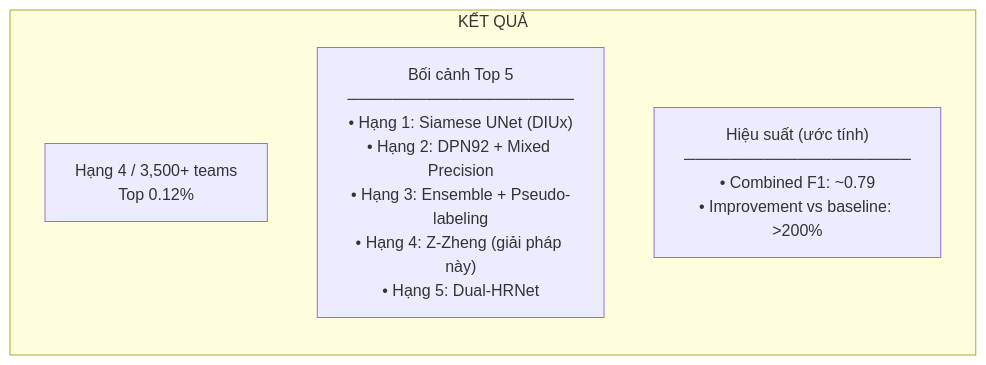
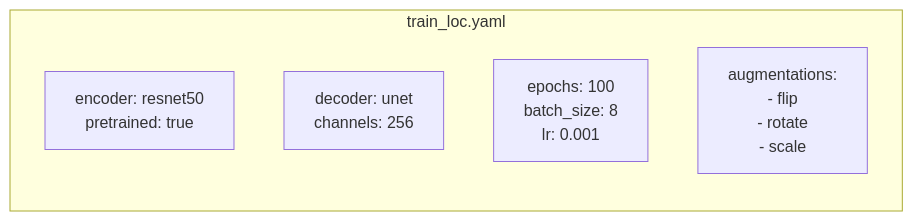
One commit to rerangst/geobayai_lab changed the second of 4 diagrams in research/chuong-06-xview-challenges/muc-02-xview2-building-damage/05-giai-tu.md. Above: the diagram before and after it, drawn with Mermaid. The commit also changed other lines of this file and 18 other files, not shown here.

````diff
--- a/research/chuong-06-xview-challenges/muc-02-xview2-building-damage/05-giai-tu.md
+++ b/research/chuong-06-xview-challenges/muc-02-xview2-building-damage/05-giai-tu.md
@@ -728,12 +51,9 @@
 ```mermaid
-flowchart TB
-    subgraph RESULTS["KẾT QUẢ"]
-        direction TB
-
-        RANK["Hạng 4 / 3,500+ teams<br/>Top 0.12%"]
-
-        CONTEXT["Bối cảnh Top 5<br/>────────────────────<br/>• Hạng 1: Siamese UNet (DIUx)<br/>• Hạng 2: DPN92 + Mixed Precision<br/>• Hạng 3: Ensemble + Pseudo-labeling<br/>• Hạng 4: Z-Zheng (giải pháp này)<br/>• Hạng 5: Dual-HRNet"]
-
-        PERF["Hiệu suất (ước tính)<br/>────────────────────<br/>• Combined F1: ~0.79<br/>• Improvement vs baseline: >200%"]
+flowchart LR
+    subgraph CONFIG["train_loc.yaml"]
+        ENC["encoder: resnet50<br/>pretrained: true"]
+        DEC["decoder: unet<br/>channels: 256"]
+        TRAIN["epochs: 100<br/>batch_size: 8<br/>lr: 0.001"]
+        AUG["augmentations:<br/>- flip<br/>- rotate<br/>- scale"]
     end
 ```
````
